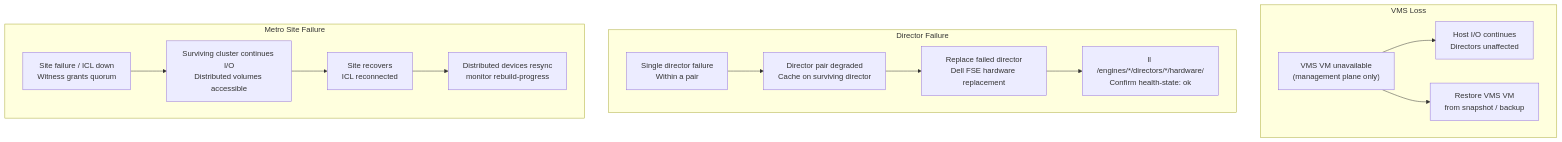
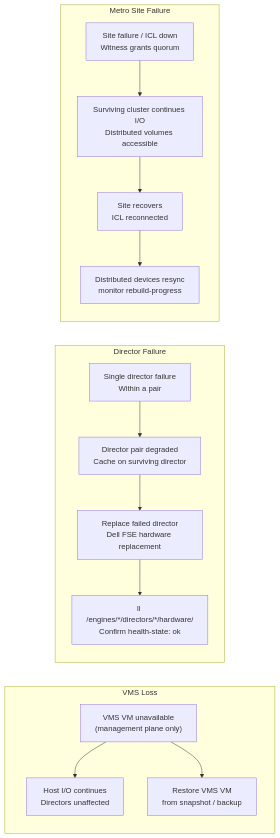
Before and after one commit to canast01/chris-kb: the diagram in docs/storage/dell/vplex/operations/backup-restore.md, drawn with Mermaid. The commit also changed 192 other files, not shown here.

````diff
--- a/docs/storage/dell/vplex/operations/backup-restore.md
+++ b/docs/storage/dell/vplex/operations/backup-restore.md
@@ -89,24 +89,24 @@
 ```mermaid
-flowchart TD
+flowchart LR
     subgraph "VMS Loss"
         vmsLost["VMS VM unavailable\n(management plane only)"]
         ioOk["Host I/O continues\nDirectors unaffected"]
         restoreVms["Restore VMS VM\nfrom snapshot / backup"]
         vmsLost --> ioOk
         vmsLost --> restoreVms
     end
     subgraph "Director Failure"
         dirFail["Single director failure\nWithin a pair"]
         pairDegraded["Director pair degraded\nCache on surviving director"]
         replaceDir["Replace failed director\nDell FSE hardware replacement"]
         verifyDir["ll /engines/*/directors/*/hardware/\nConfirm health-state: ok"]
         dirFail --> pairDegraded --> replaceDir --> verifyDir
     end
     subgraph "Metro Site Failure"
         siteFail["Site failure / ICL down\nWitness grants quorum"]
         survivorIo["Surviving cluster continues I/O\nDistributed volumes accessible"]
         siteRecover["Site recovers\nICL reconnected"]
         resync["Distributed devices resync\nmonitor rebuild-progress"]
         siteFail --> survivorIo --> siteRecover --> resync
     end
 ```
````
